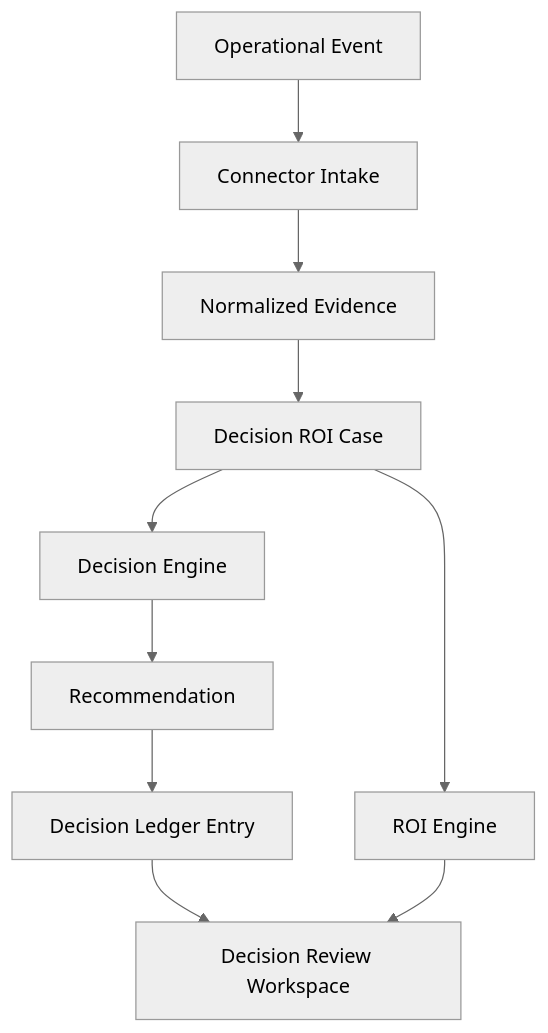
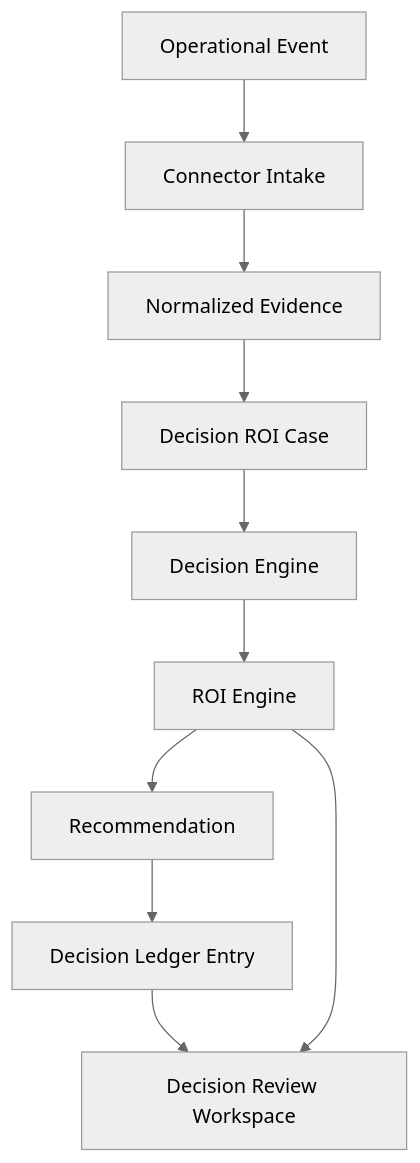
Before and after one commit to Dmillan-dev/ImperatorProyect: the first of 2 diagrams in docs/product/24_MVP_Vertical_Slice.md, drawn with Mermaid (neutral theme). The commit also changed other lines of this file and 32 other files, not shown here.

````diff
--- a/docs/product/24_MVP_Vertical_Slice.md
+++ b/docs/product/24_MVP_Vertical_Slice.md
@@ -76,12 +80,12 @@
 ```mermaid
 flowchart TD
     EVT[Operational Event] --> CON[Connector Intake]
     CON --> NE[Normalized Evidence]
     NE --> CASE[Decision ROI Case]
     CASE --> DE[Decision Engine]
-    DE --> REC[Recommendation]
+    DE --> ROI[ROI Engine]
+    ROI --> REC[Recommendation]
     REC --> LEDGER[Decision Ledger Entry]
-    CASE --> ROI[ROI Engine]
     LEDGER --> UI[Decision Review Workspace]
     ROI --> UI
 ```
````
